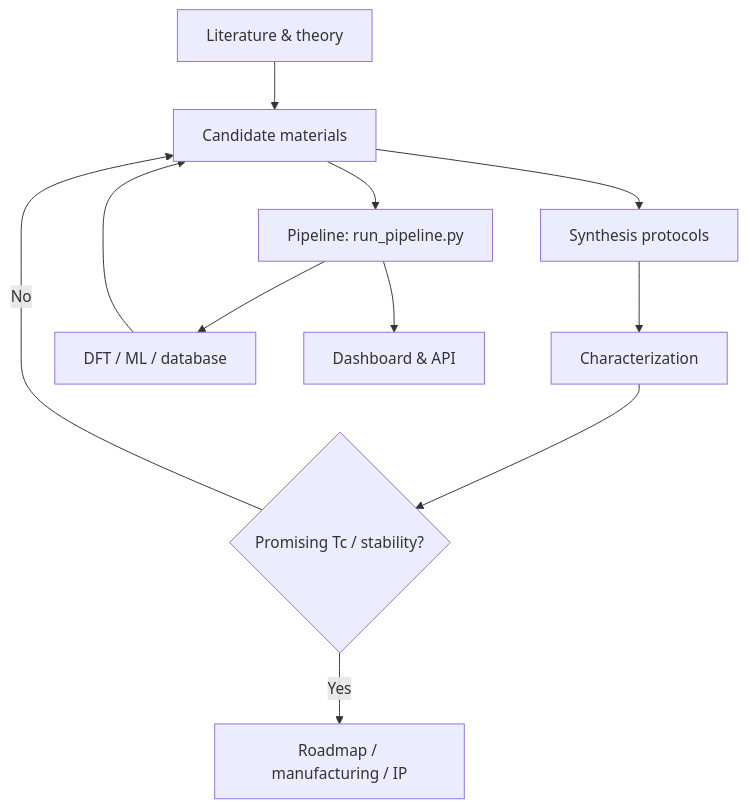
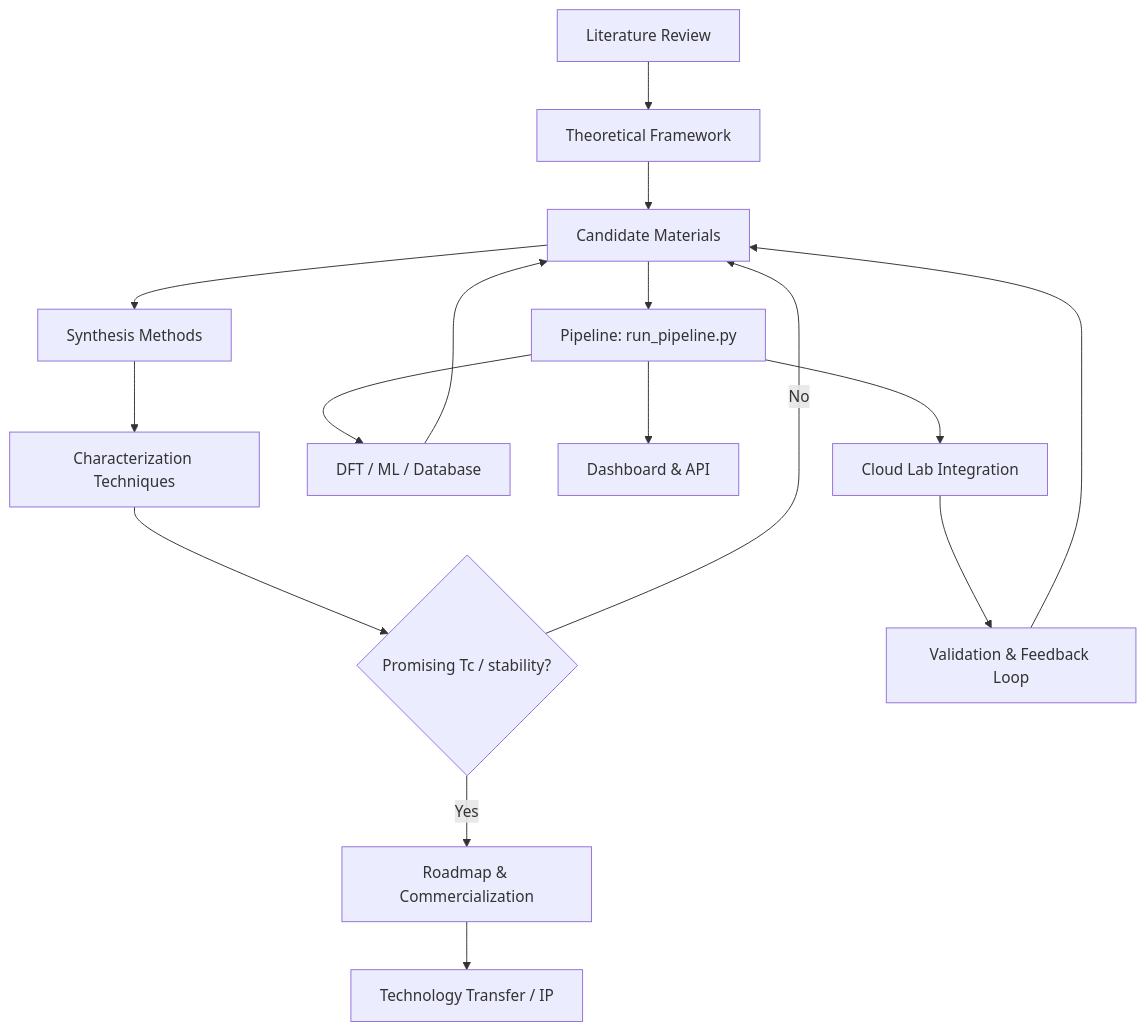
Before and after one commit to kevinkicho/superconducters: the diagram in README.md, drawn with Mermaid. The commit also changed other lines of this file, not shown here.

````diff
--- a/README.md
+++ b/README.md
@@ -155,13 +91,18 @@
 ```mermaid
 flowchart TD
-    A[Literature & theory] --> B[Candidate materials]
-    B --> C[Synthesis protocols]
-    C --> D[Characterization]
-    D --> E{Promising Tc / stability?}
-    E -->|Yes| F[Roadmap / manufacturing / IP]
-    E -->|No| B
-    B --> G[Pipeline: run_pipeline.py]
-    G --> H[DFT / ML / database]
-    H --> B
-    G --> I[Dashboard & API]
+    A[Literature Review] --> B[Theoretical Framework]
+    B --> C[Candidate Materials]
+    C --> D[Synthesis Methods]
+    D --> E[Characterization Techniques]
+    E --> F{Promising Tc / stability?}
+    F -->|Yes| G[Roadmap & Commercialization]
+    F -->|No| C
+    C --> H[Pipeline: run_pipeline.py]
+    H --> I[DFT / ML / Database]
+    I --> C
+    H --> J[Dashboard & API]
+    H --> K[Cloud Lab Integration]
+    K --> L[Validation & Feedback Loop]
+    L --> C
+    G --> M[Technology Transfer / IP]
 ```
````
